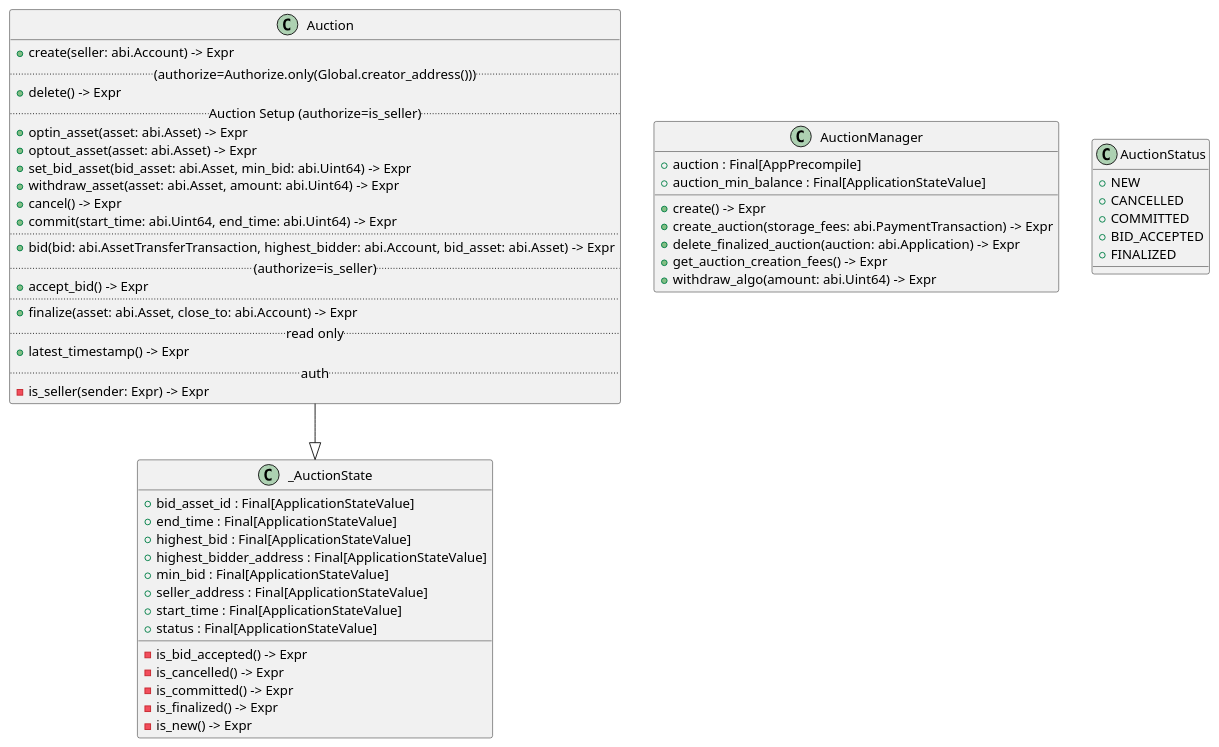
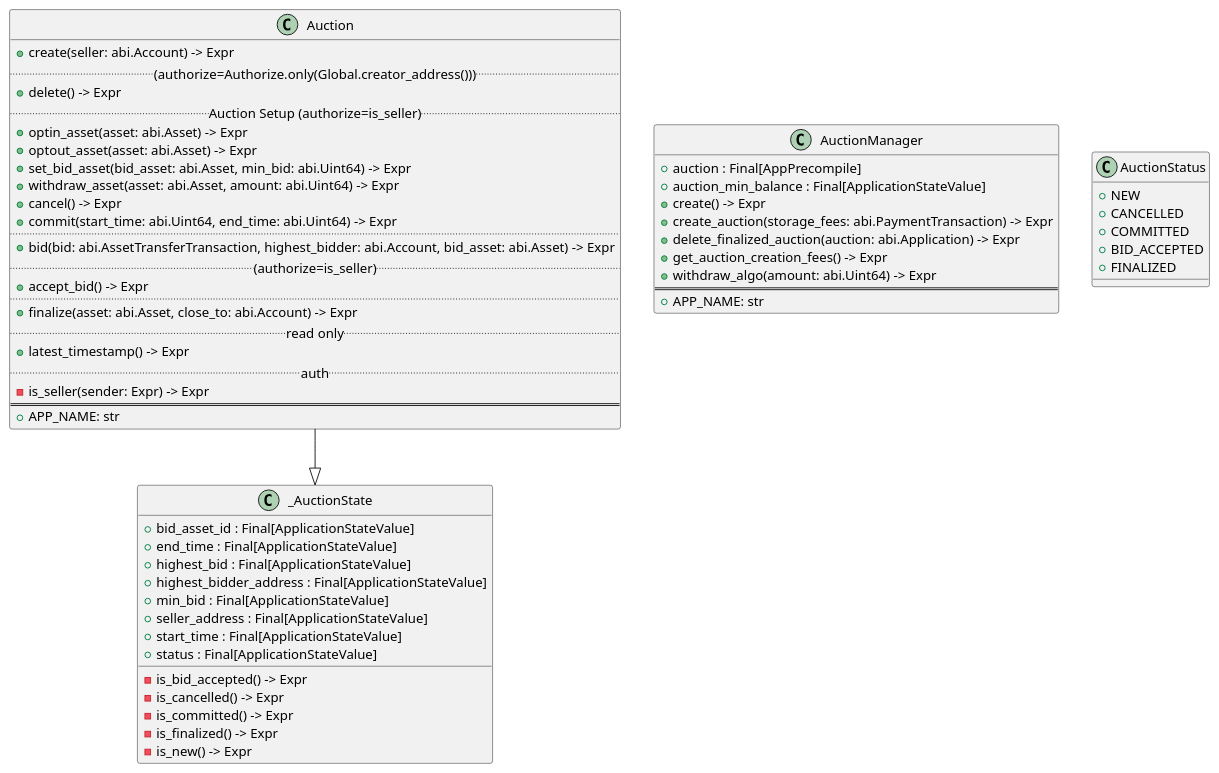
One commit to oysterpack/oysterpack_smart changed the diagram in oysterpack/oysterpack/apps/auction_app/contracts/classes.plantuml. Above: the diagram before and after it, drawn with PlantUML. The commit also changed 12 other files, not shown here.

```diff
--- a/oysterpack/oysterpack/apps/auction_app/contracts/classes.plantuml
+++ b/oysterpack/oysterpack/apps/auction_app/contracts/classes.plantuml
@@ -1,57 +1,61 @@
 @startuml classes
 set namespaceSeparator none
 class "Auction" as oysterpack.apps.auction_app.contracts.auction.Auction {
   + create(seller: abi.Account) -> Expr
   ..(authorize=Authorize.only(Global.creator_address()))..
   + delete() -> Expr
   ..Auction Setup (authorize=is_seller)..
   + optin_asset(asset: abi.Asset) -> Expr
   + optout_asset(asset: abi.Asset) -> Expr
   + set_bid_asset(bid_asset: abi.Asset, min_bid: abi.Uint64) -> Expr
   + withdraw_asset(asset: abi.Asset, amount: abi.Uint64) -> Expr
   + cancel() -> Expr
   + commit(start_time: abi.Uint64, end_time: abi.Uint64) -> Expr
   ..
   + bid(bid: abi.AssetTransferTransaction, highest_bidder: abi.Account, bid_asset: abi.Asset) -> Expr
   ..(authorize=is_seller)..
   + accept_bid() -> Expr
   ..
   + finalize(asset: abi.Asset, close_to: abi.Account) -> Expr
   ..read only..
   + latest_timestamp() -> Expr
   ..auth..
   - is_seller(sender: Expr) -> Expr
+  ==
+  + APP_NAME: str
 }
 class "AuctionManager" as oysterpack.apps.auction_app.contracts.auction_manager.AuctionManager {
   + auction : Final[AppPrecompile]
   + auction_min_balance : Final[ApplicationStateValue]
   + create() -> Expr
   + create_auction(storage_fees: abi.PaymentTransaction) -> Expr
   + delete_finalized_auction(auction: abi.Application) -> Expr
   + get_auction_creation_fees() -> Expr
   + withdraw_algo(amount: abi.Uint64) -> Expr
+  ==
+  + APP_NAME: str
 }
 class "AuctionStatus" as oysterpack.apps.auction_app.contracts.auction_status.AuctionStatus {
   + NEW
   + CANCELLED
   + COMMITTED
   + BID_ACCEPTED
   + FINALIZED
 }
 class "_AuctionState" as oysterpack.apps.auction_app.contracts.auction._AuctionState {
   + bid_asset_id : Final[ApplicationStateValue]
   + end_time : Final[ApplicationStateValue]
   + highest_bid : Final[ApplicationStateValue]
   + highest_bidder_address : Final[ApplicationStateValue]
   + min_bid : Final[ApplicationStateValue]
   + seller_address : Final[ApplicationStateValue]
   + start_time : Final[ApplicationStateValue]
   + status : Final[ApplicationStateValue]
   - is_bid_accepted() -> Expr
   - is_cancelled() -> Expr
   - is_committed() -> Expr
   - is_finalized() -> Expr
   - is_new() -> Expr
 }
 oysterpack.apps.auction_app.contracts.auction.Auction --|> oysterpack.apps.auction_app.contracts.auction._AuctionState
 @enduml
```
